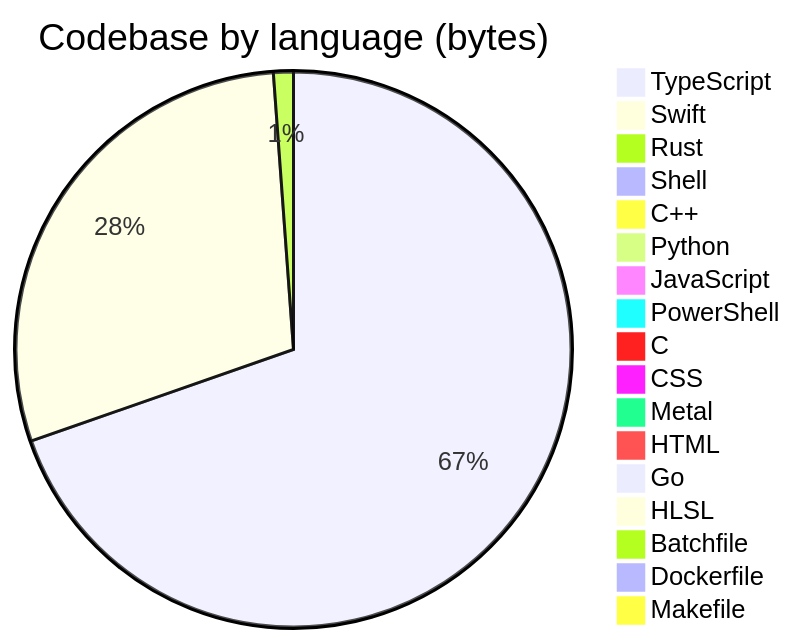
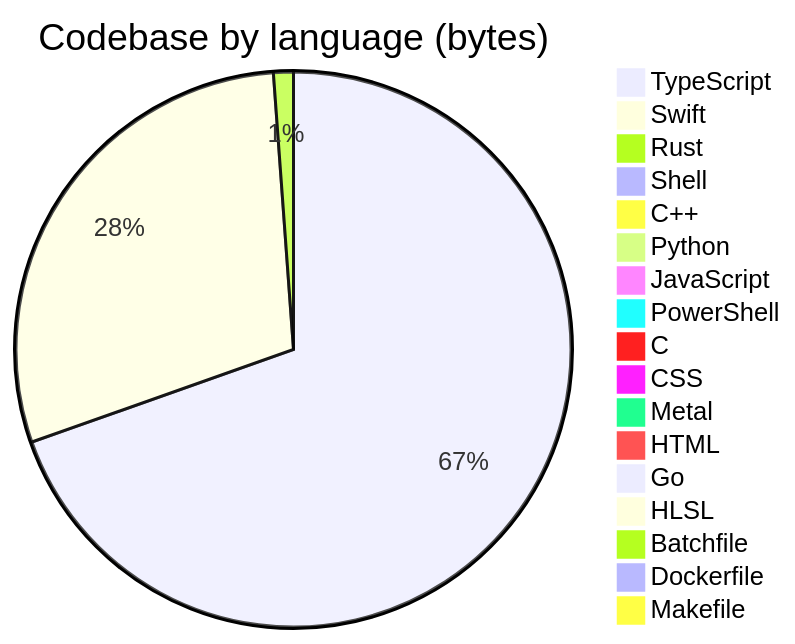
Before and after one commit to Open330/.github: the diagram in profile/README.md, drawn with Mermaid. The commit also changed other lines of this file, not shown here.

````diff
--- a/profile/README.md
+++ b/profile/README.md
@@ -125,20 +125,20 @@
 ```mermaid
 pie title Codebase by language (bytes)
-    "TypeScript" : 33944352
-    "Swift" : 14221260
-    "Rust" : 564235
+    "TypeScript" : 33953339
+    "Swift" : 14272455
+    "Rust" : 564190
     "Shell" : 449778
     "C++" : 388775
     "Python" : 296261
-    "JavaScript" : 205579
+    "JavaScript" : 206738
     "PowerShell" : 128198
     "C" : 114143
     "CSS" : 77784
     "Metal" : 33033
     "HTML" : 31957
     "Go" : 22811
     "HLSL" : 7527
     "Batchfile" : 5870
     "Dockerfile" : 4893
     "Makefile" : 1150
 ```
````
